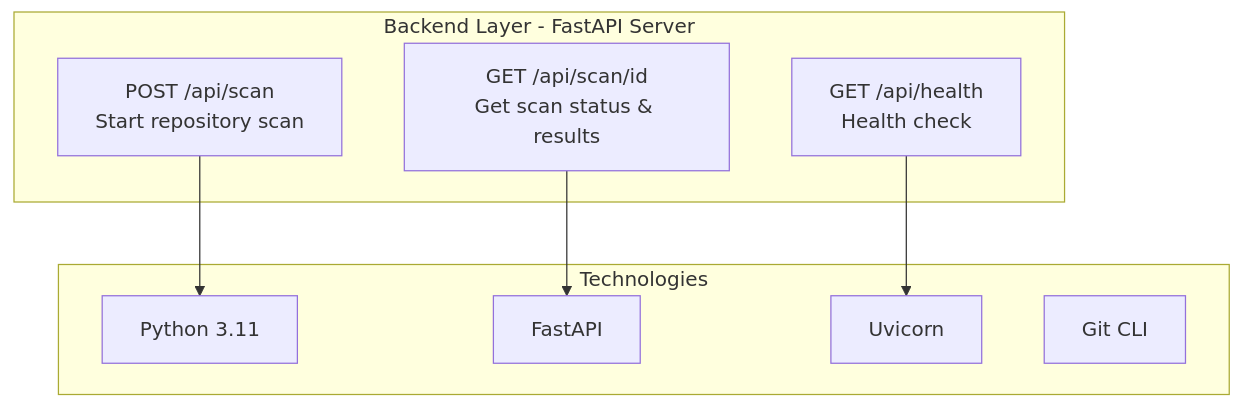
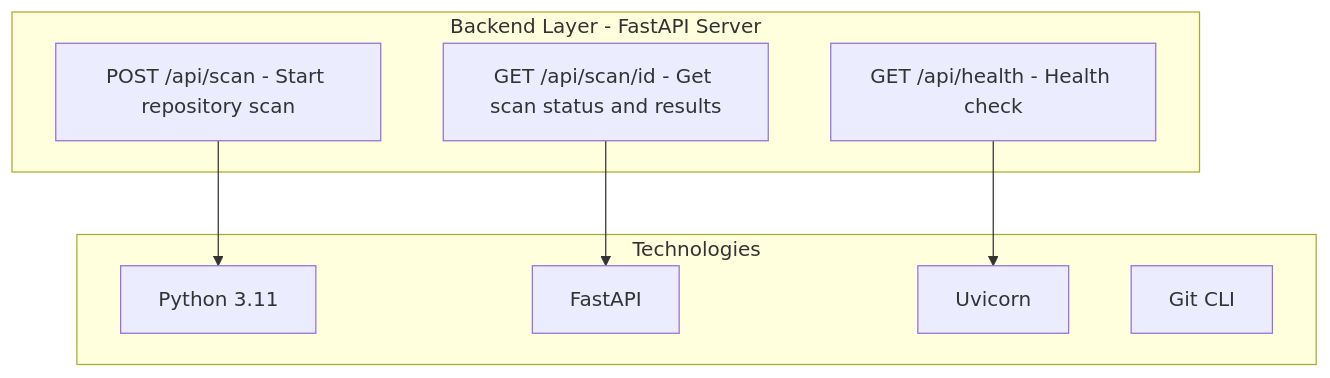
One commit to alamshoaib134/git-secret-scanner changed the third of 11 diagrams in architecture/HLD.md. Above: the diagram before and after it, drawn with Mermaid. The commit also changed other lines of this file and 1 other file, not shown here.

First line of the commit message:
Fix Mermaid syntax errors in architecture diagrams

````diff
--- a/architecture/HLD.md
+++ b/architecture/HLD.md
@@ -69,19 +69,19 @@
 ```mermaid
 graph TB
     subgraph Backend["Backend Layer - FastAPI Server"]
-        E1[POST /api/scan<br/>Start repository scan]
-        E2[GET /api/scan/id<br/>Get scan status & results]
-        E3[GET /api/health<br/>Health check]
+        E1["POST /api/scan - Start repository scan"]
+        E2["GET /api/scan/id - Get scan status and results"]
+        E3["GET /api/health - Health check"]
     end
 
     subgraph Tech["Technologies"]
-        PY[Python 3.11]
-        FAST[FastAPI]
-        UV[Uvicorn]
-        GIT[Git CLI]
+        PY["Python 3.11"]
+        FAST["FastAPI"]
+        UV["Uvicorn"]
+        GIT["Git CLI"]
     end
 
     E1 --> PY
     E2 --> FAST
     E3 --> UV
 ```
````
